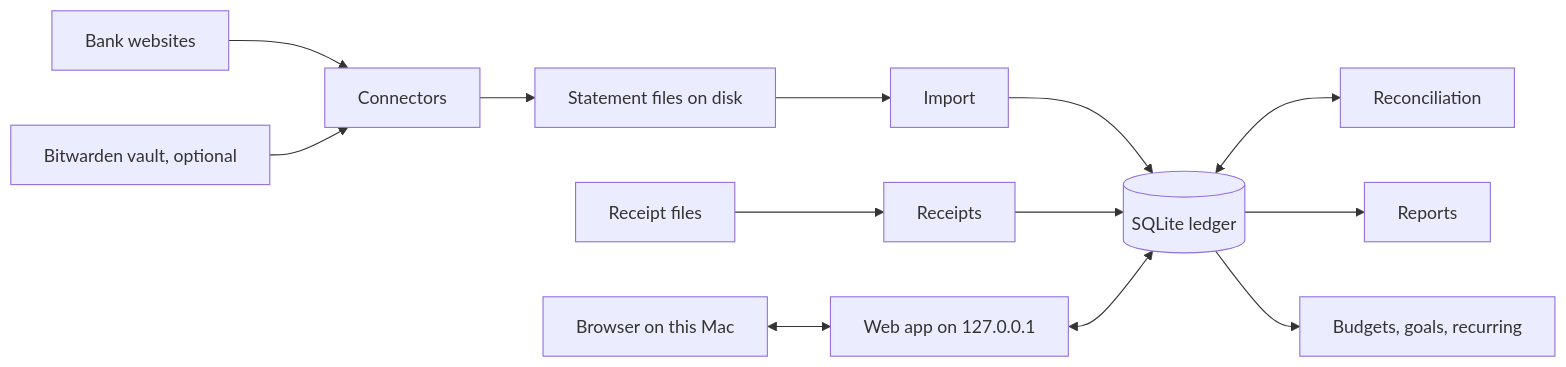
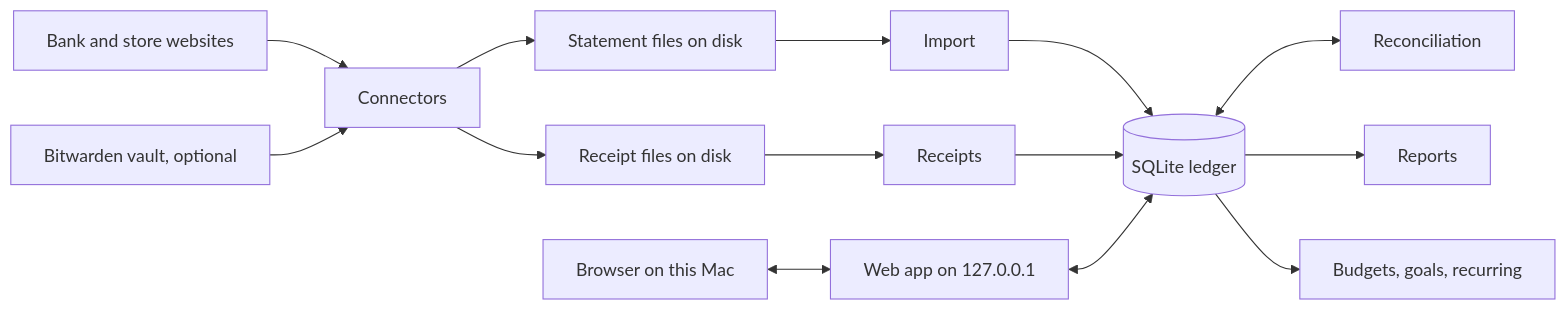
The first of 3 diagrams in docs/architecture/system.md (spinningyoyo/omsync), drawn with Mermaid before and after one commit. The commit also changed other lines of this file and 78 other files, not shown here.

````diff
--- a/docs/architecture/system.md
+++ b/docs/architecture/system.md
@@ -11,14 +11,15 @@
 ```mermaid
 flowchart LR
-    Banks[Bank websites] --> Connectors
+    Banks[Bank and store websites] --> Connectors
     Vault[Bitwarden vault, optional] --> Connectors
     Connectors --> Files[Statement files on disk]
+    Connectors --> ReceiptFiles[Receipt files on disk]
     Files --> Import
     Import --> Ledger[(SQLite ledger)]
-    ReceiptFiles[Receipt files] --> Receipts --> Ledger
+    ReceiptFiles --> Receipts --> Ledger
     Ledger <--> Reconciliation
     Ledger --> Reports
     Ledger --> Plan[Budgets, goals, recurring]
     Browser[Browser on this Mac] <--> Web[Web app on 127.0.0.1]
     Web <--> Ledger
 ```
````
